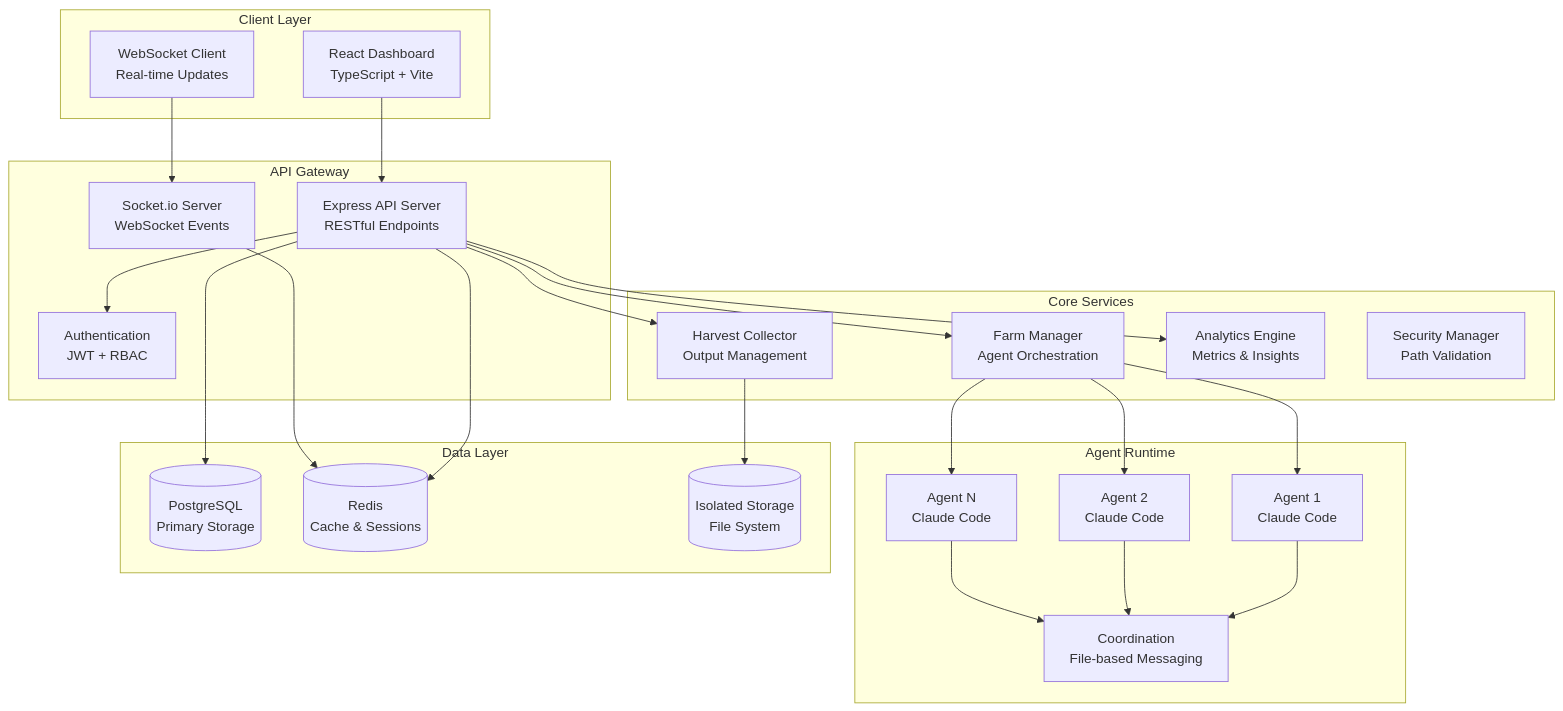
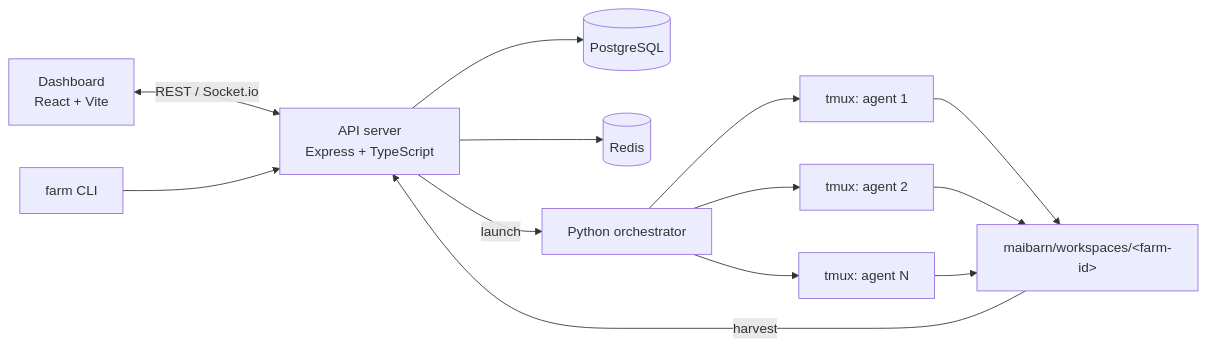
Before and after one commit to MoRohn/maifarm: the diagram in README.md, drawn with Mermaid. The commit also changed other lines of this file and 1517 other files, not shown here.

````diff
--- a/README.md
+++ b/README.md
@@ -110,53 +77,13 @@
 ```mermaid
-graph TB
-    subgraph "Client Layer"
-        UI[React Dashboard<br/>TypeScript + Vite]
-        WS_CLIENT[WebSocket Client<br/>Real-time Updates]
-    end
-    
-    subgraph "API Gateway"
-        API[Express API Server<br/>RESTful Endpoints]
-        WS_SERVER[Socket.io Server<br/>WebSocket Events]
-        AUTH[Authentication<br/>JWT + RBAC]
-    end
-    
-    subgraph "Core Services"  
-        FARM_MGR[Farm Manager<br/>Agent Orchestration]
-        HARVEST[Harvest Collector<br/>Output Management]
-        ANALYTICS[Analytics Engine<br/>Metrics & Insights]
-        SECURITY[Security Manager<br/>Path Validation]
-    end
-    
-    subgraph "Agent Runtime"
-        AGENT1[Agent 1<br/>Claude Code]
-        AGENT2[Agent 2<br/>Claude Code]  
-        AGENTN[Agent N<br/>Claude Code]
-        COORD[Coordination<br/>File-based Messaging]
-    end
-    
-    subgraph "Data Layer"
-        DB[(PostgreSQL<br/>Primary Storage)]
-        REDIS[(Redis<br/>Cache & Sessions)]
-        FILES[(Isolated Storage<br/>File System)]
-    end
-    
-    UI --> API
-    WS_CLIENT --> WS_SERVER
-    API --> AUTH
-    API --> FARM_MGR
-    API --> HARVEST
-    API --> ANALYTICS
-    
-    FARM_MGR --> AGENT1
-    FARM_MGR --> AGENT2
-    FARM_MGR --> AGENTN
-    
-    AGENT1 --> COORD
-    AGENT2 --> COORD
-    AGENTN --> COORD
-    
-    HARVEST --> FILES
-    API --> DB  
-    API --> REDIS
-    WS_SERVER --> REDIS
+flowchart LR
+    UI[Dashboard<br/>React + Vite] <-->|REST / Socket.io| API[API server<br/>Express + TypeScript]
+    CLI[farm CLI] --> API
+    API --> DB[(PostgreSQL)]
+    API --> R[(Redis)]
+    API -->|launch| ORCH[Python orchestrator]
+    ORCH --> T1[tmux: agent 1]
+    ORCH --> T2[tmux: agent 2]
+    ORCH --> TN[tmux: agent N]
+    T1 & T2 & TN --> WS[maibarn/workspaces/&lt;farm-id&gt;]
+    WS -->|harvest| API
 ```
````
